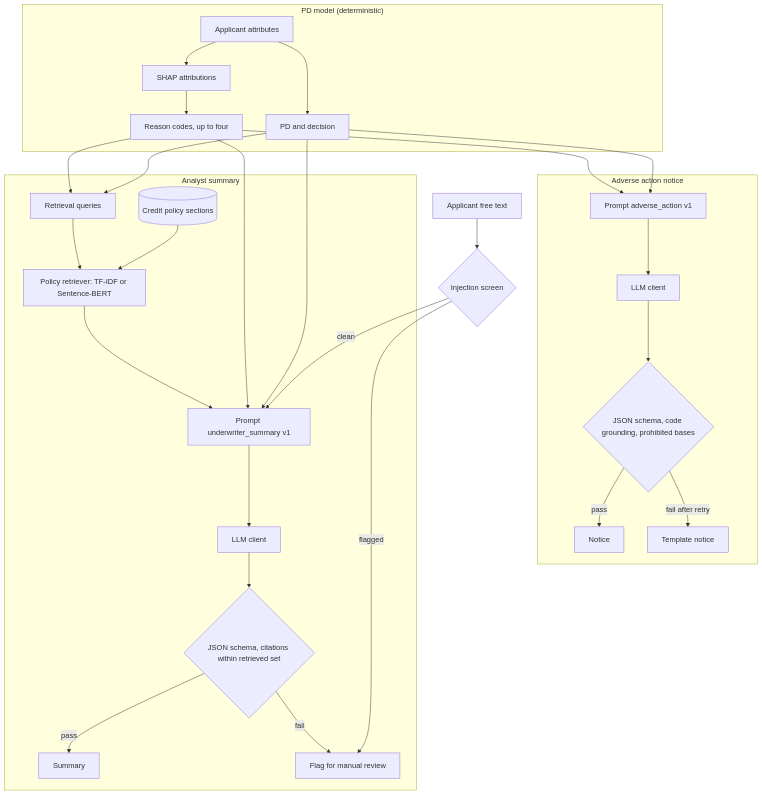
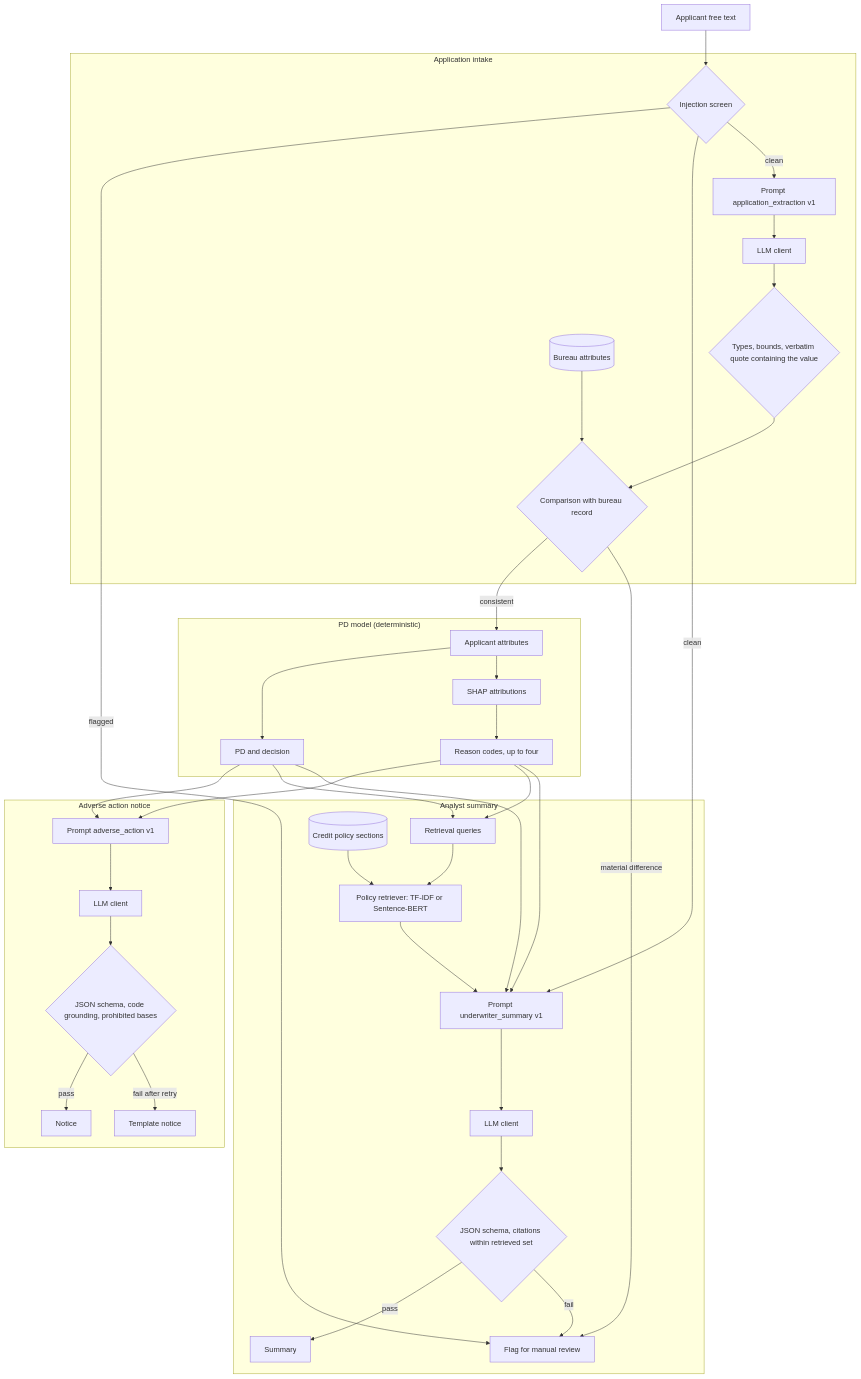
The diagram in docs/llm_design.md (sahandyousefi/Predicting-2-Year-Loan-Classification), drawn with Mermaid before and after one commit. The commit also changed other lines of this file and 6 other files, not shown here.

Commit message:
Check extracted application fields against bureau data

````diff
--- a/docs/llm_design.md
+++ b/docs/llm_design.md
@@ -17,35 +17,45 @@
 ```mermaid
 flowchart TB
     subgraph Model["PD model (deterministic)"]
         X[Applicant attributes] --> P[PD and decision]
         X --> S[SHAP attributions]
         S --> R[Reason codes, up to four]
     end
 
     subgraph Notice["Adverse action notice"]
         R --> NP[Prompt adverse_action v1]
         P --> NP
         NP --> C1[LLM client]
         C1 --> V1{JSON schema, code grounding, prohibited bases}
         V1 -->|pass| N1[Notice]
         V1 -->|fail after retry| T1[Template notice]
     end
 
     subgraph Summary["Analyst summary"]
         R --> Q[Retrieval queries]
         P --> Q
         Q --> RET[Policy retriever: TF-IDF or Sentence-BERT]
         POL[(Credit policy sections)] --> RET
         RET --> SP[Prompt underwriter_summary v1]
         R --> SP
         P --> SP
         SP --> C2[LLM client]
         C2 --> V2{JSON schema, citations within retrieved set}
         V2 -->|pass| N2[Summary]
         V2 -->|fail| MR[Flag for manual review]
     end
 
     U[Applicant free text] --> G{Injection screen}
     G -->|flagged| MR
     G -->|clean| SP
+
+    subgraph Intake["Application intake"]
+        G -->|clean| EP[Prompt application_extraction v1]
+        EP --> C3[LLM client]
+        C3 --> V3{Types, bounds, verbatim quote containing the value}
+        V3 --> CC{Comparison with bureau record}
+        B[(Bureau attributes)] --> CC
+        CC -->|consistent| X
+        CC -->|material difference| MR
+    end
 ```
````
